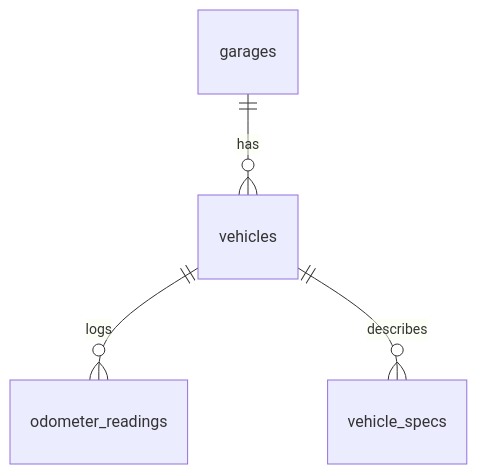
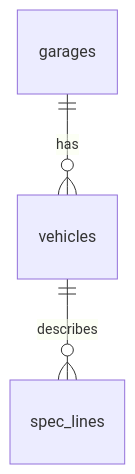
The second of 3 diagrams in docs/data-model.md (tmy-code/tmy_garage), drawn with Mermaid before and after one commit. The commit also changed other lines of this file and 36 other files, not shown here.

````diff
--- a/docs/data-model.md
+++ b/docs/data-model.md
@@ -78,6 +67,5 @@
 ```mermaid
 erDiagram
   garages ||--o{ vehicles : has
-  vehicles ||--o{ odometer_readings : logs
-  vehicles ||--o{ vehicle_specs : describes
+  vehicles ||--o{ spec_lines : describes
 ```
````
